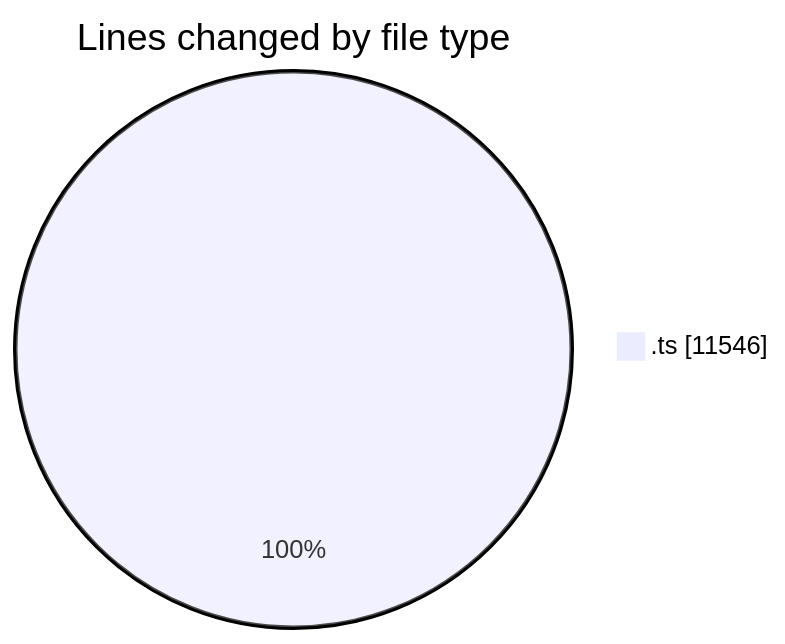
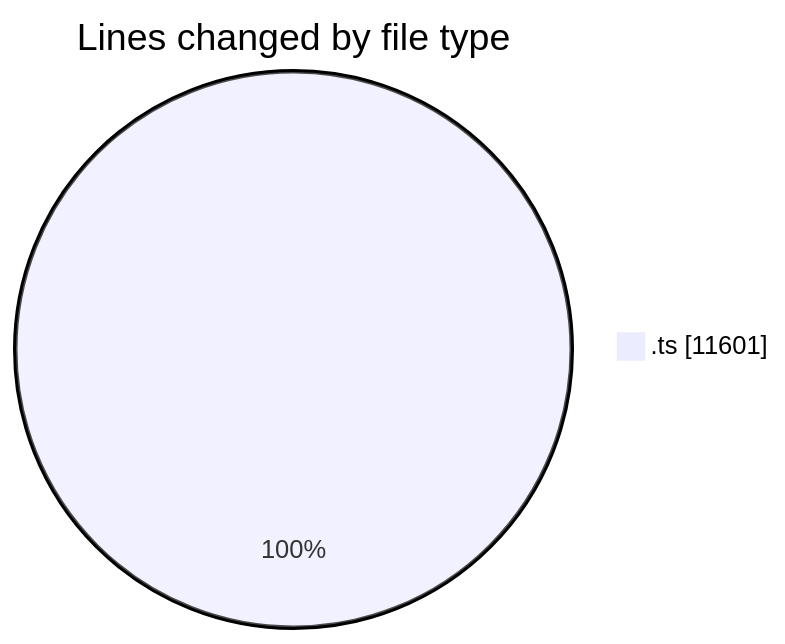
The first of 2 diagrams in 2026-02-09/singularitybrainai/README.md (tmsrecording-cyber/code-tracking), drawn with Mermaid before and after one commit. The commit also changed other lines of this file and 1 other file, not shown here.

````diff
--- a/2026-02-09/singularitybrainai/README.md
+++ b/2026-02-09/singularitybrainai/README.md
@@ -36,5 +36,5 @@
 ```mermaid
 pie showData
 title Lines changed by file type
-".ts" : 11546
+".ts" : 11601
 ```
````
